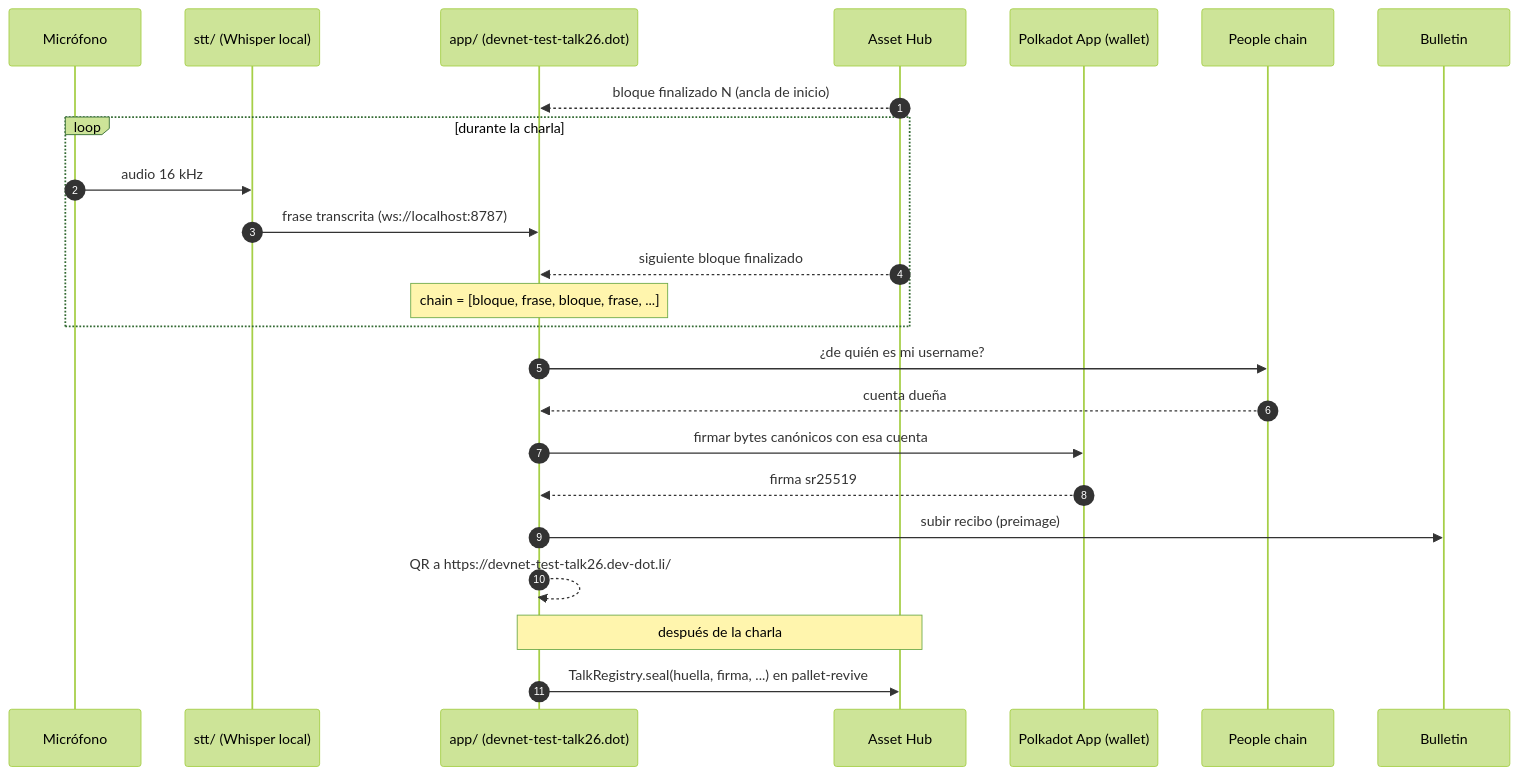
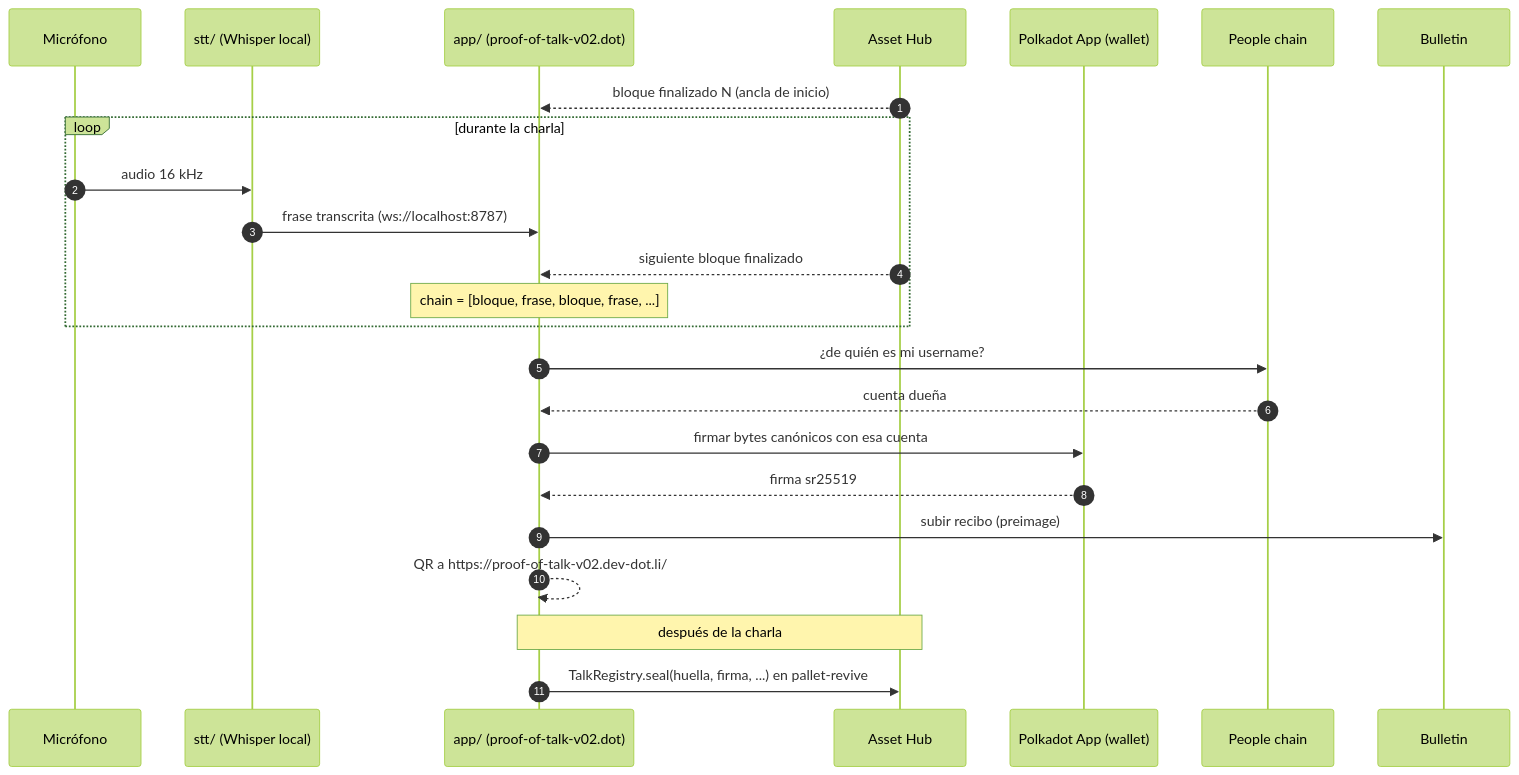
Before and after one commit to w3nerick/testalk: the diagram in README.md, drawn with Mermaid (forest theme). The commit also changed other lines of this file and 7 other files, not shown here.

First line of the commit message:
Dominio nuevo proof-of-talk-v02.dot y deploy con pad 0.22.1

````diff
--- a/README.md
+++ b/README.md
@@ -69,27 +69,27 @@
 ```mermaid
 sequenceDiagram
     autonumber
     participant M as Micrófono
     participant S as stt/ (Whisper local)
-    participant A as app/ (devnet-test-talk26.dot)
+    participant A as app/ (proof-of-talk-v02.dot)
     participant H as Asset Hub
     participant W as Polkadot App (wallet)
     participant P as People chain
     participant B as Bulletin
 
     H-->>A: bloque finalizado N (ancla de inicio)
     loop durante la charla
         M->>S: audio 16 kHz
         S->>A: frase transcrita (ws://localhost:8787)
         H-->>A: siguiente bloque finalizado
         Note over A: chain = [bloque, frase, bloque, frase, ...]
     end
     A->>P: ¿de quién es mi username?
     P-->>A: cuenta dueña
     A->>W: firmar bytes canónicos con esa cuenta
     W-->>A: firma sr25519
     A->>B: subir recibo (preimage)
-    A-->>A: QR a https://devnet-test-talk26.dev-dot.li/#/<CID>
+    A-->>A: QR a https://proof-of-talk-v02.dev-dot.li/#/<CID>
     Note over A,H: después de la charla
     A->>H: TalkRegistry.seal(huella, firma, ...) en pallet-revive
 ```
````
